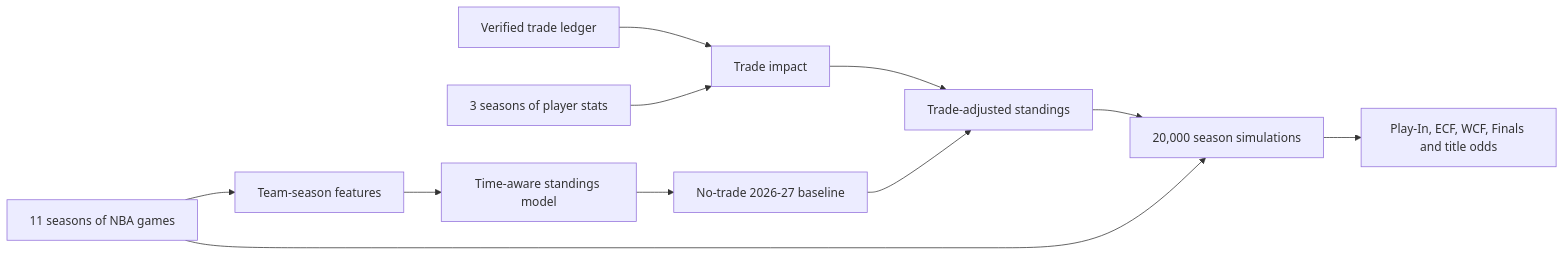
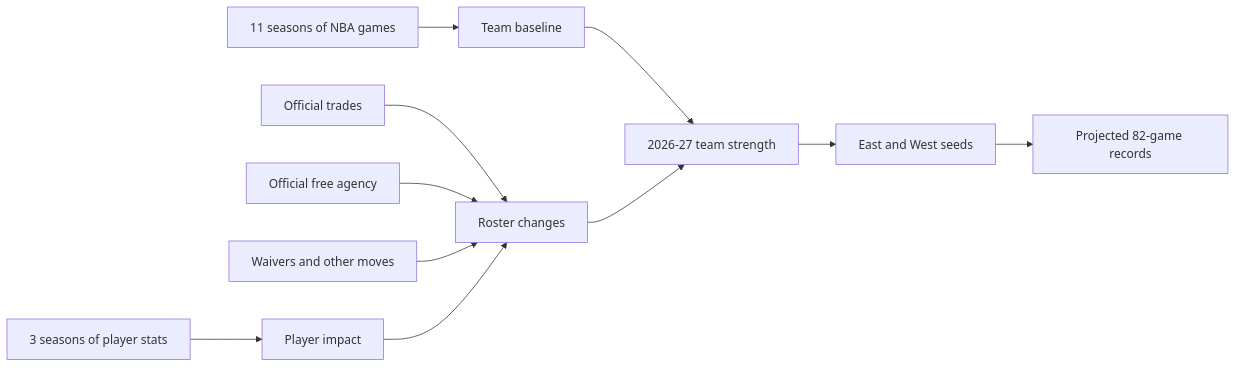
One commit to shreeyahi/court-vision-nba changed the diagram in README.md. Above: the diagram before and after it, drawn with Mermaid. The commit also changed other lines of this file and 6 other files, not shown here.

Commit message:
feat: project standings after all official offseason moves

````diff
--- a/README.md
+++ b/README.md
@@ -60,13 +86,13 @@
 ```mermaid
 flowchart LR
-    A["Verified trade ledger"] --> D["Trade impact"]
-    B["11 seasons of NBA games"] --> C["Team-season features"]
-    C --> E["Time-aware standings model"]
-    F["3 seasons of player stats"] --> D
-    E --> G["No-trade 2026-27 baseline"]
-    D --> H["Trade-adjusted standings"]
-    G --> H
-    H --> I["20,000 season simulations"]
-    B --> I
-    I --> J["Play-In, ECF, WCF, Finals and title odds"]
+    A["11 seasons of NBA games"] --> C["Team baseline"]
+    B["3 seasons of player stats"] --> D["Player impact"]
+    E["Official trades"] --> F["Roster changes"]
+    G["Official free agency"] --> F
+    H["Waivers and other moves"] --> F
+    D --> F
+    C --> I["2026-27 team strength"]
+    F --> I
+    I --> J["East and West seeds"]
+    J --> K["Projected 82-game records"]
 ```
````
